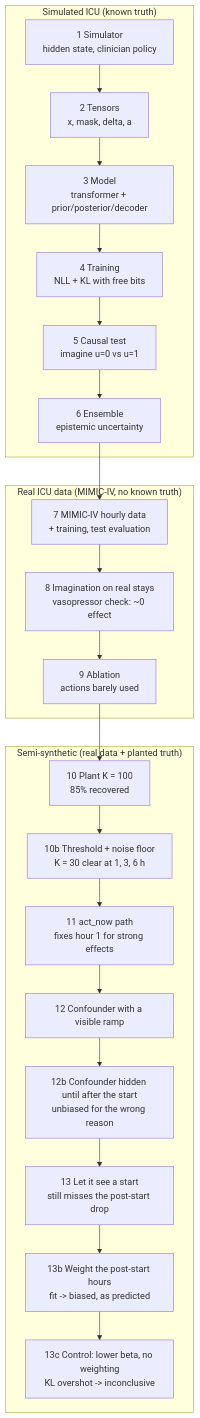
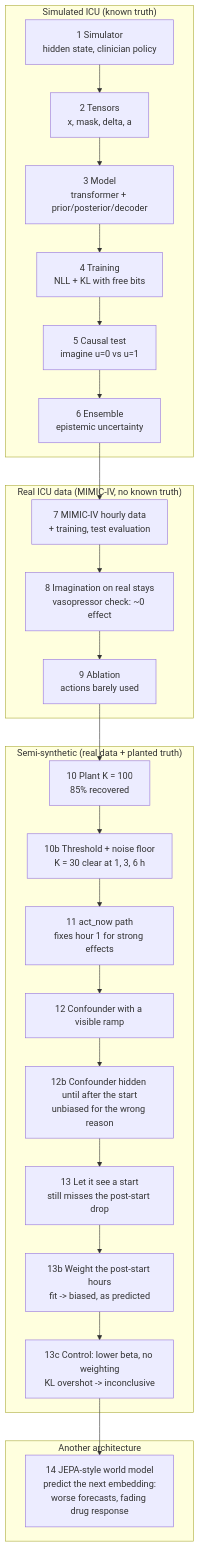
One commit to seyedhasanmirhoseini1367/icu-world-model changed the first of 3 diagrams in docs/JOURNEY.md. Above: the diagram before and after it, drawn with Mermaid. The commit also changed other lines of this file and 34 other files, not shown here.

First line of the commit message:
Stage 14 results: JEPA-style world model, verdict "partly"

````diff
--- a/docs/JOURNEY.md
+++ b/docs/JOURNEY.md
@@ -10,25 +10,29 @@
 ```mermaid
 flowchart TD
     subgraph SIM["Simulated ICU (known truth)"]
         S1["1 Simulator<br/>hidden state, clinician policy"] --> S2["2 Tensors<br/>x, mask, delta, a"]
         S2 --> S3["3 Model<br/>transformer + prior/posterior/decoder"]
         S3 --> S4["4 Training<br/>NLL + KL with free bits"]
         S4 --> S5["5 Causal test<br/>imagine u=0 vs u=1"]
         S5 --> S6["6 Ensemble<br/>epistemic uncertainty"]
     end
     subgraph REAL["Real ICU data (MIMIC-IV, no known truth)"]
         S7["7 MIMIC-IV hourly data<br/>+ training, test evaluation"] --> S8["8 Imagination on real stays<br/>vasopressor check: ~0 effect"]
         S8 --> S9["9 Ablation<br/>actions barely used"]
     end
     subgraph SEMI["Semi-synthetic (real data + planted truth)"]
         S10["10 Plant K = 100<br/>85% recovered"] --> S10b["10b Threshold + noise floor<br/>K = 30 clear at 1, 3, 6 h"]
         S10b --> S11["11 act_now path<br/>fixes hour 1 for strong effects"]
         S11 --> S12["12 Confounder with a visible ramp"]
         S12 --> S12b["12b Confounder hidden until after the start<br/>unbiased for the wrong reason"]
         S12b --> S13["13 Let it see a start<br/>still misses the post-start drop"]
         S13 --> S13b["13b Weight the post-start hours<br/>fit -> biased, as predicted"]
         S13b --> S13c["13c Control: lower beta, no weighting<br/>KL overshot -> inconclusive"]
     end
+    subgraph ARCH["Another architecture"]
+        S14["14 JEPA-style world model<br/>predict the next embedding:<br/>worse forecasts, fading drug response"]
+    end
     S6 --> S7
     S9 --> S10
+    S13c --> S14
 ```
````
